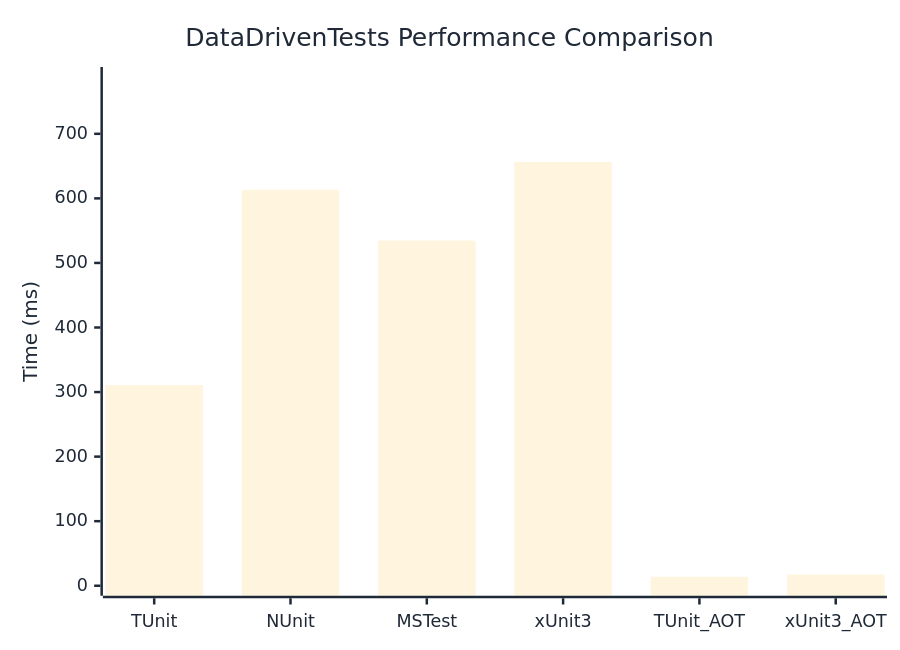
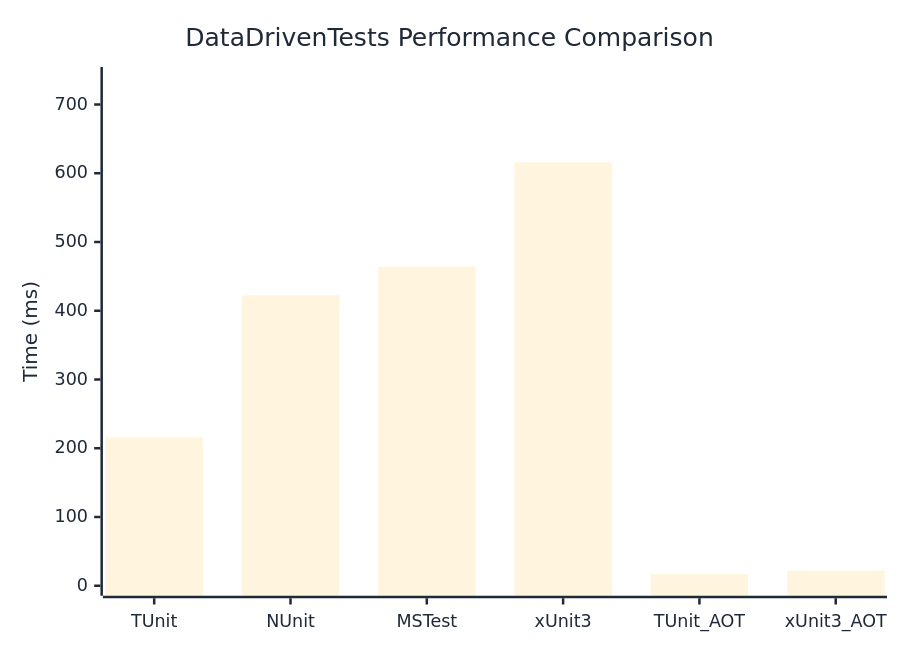
The diagram in docs/docs/benchmarks/engine/DataDrivenTests.md (thomhurst/TUnit), drawn with Mermaid before and after one commit. The commit also changed other lines of this file and 18 other files, not shown here.

````diff
--- a/docs/docs/benchmarks/engine/DataDrivenTests.md
+++ b/docs/docs/benchmarks/engine/DataDrivenTests.md
@@ -30,37 +30,37 @@
 ```mermaid
 %%{init: {
   'theme':'base',
   'themeVariables': {
     'primaryColor': '#2563eb',
     'primaryTextColor': '#1f2937',
     'primaryBorderColor': '#1e40af',
     'lineColor': '#6b7280',
     'secondaryColor': '#7c3aed',
     'tertiaryColor': '#dc2626',
     'background': '#ffffff',
     'mainBkg': '#2563eb',
     'secondBkg': '#7c3aed',
     'tertiaryBkg': '#dc2626',
     'clusterBkg': '#f3f4f6',
     'edgeLabelBackground': '#ffffff',
     'tertiaryTextColor': '#1f2937',
     'pie1': '#2563eb',
     'pie2': '#7c3aed',
     'pie3': '#dc2626',
     'pie4': '#f59e0b',
     'pie5': '#10b981',
     'pie6': '#06b6d4',
     'pie7': '#ec4899',
     'pie8': '#6366f1',
     'pie9': '#84cc16',
     'pie10': '#f97316',
     'pie11': '#14b8a6',
     'pie12': '#a855f7'
   }
 }}%%
 xychart-beta
   title "DataDrivenTests Performance Comparison"
   x-axis ["TUnit", "NUnit", "MSTest", "xUnit3", "TUnit_AOT", "xUnit3_AOT"]
-  y-axis "Time (ms)" 0 --> 788
-  bar [310.83, 613.34, 534.69, 656.36, 13.86, 17.36]
+  y-axis "Time (ms)" 0 --> 740
+  bar [215.91, 422.34, 464.19, 615.9, 16.94, 21.91]
 ```
````
